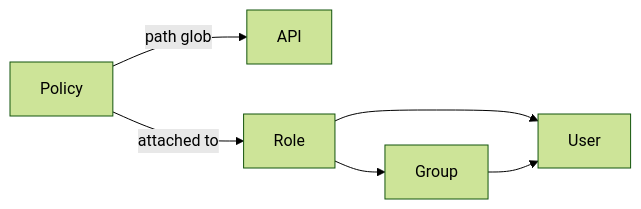
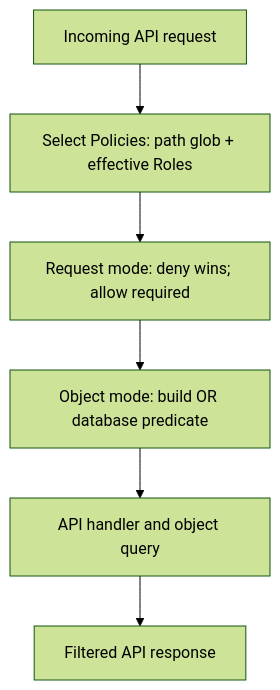
The diagram in content/versions/v0/manifests/v0-policy.mdx (taskmigo/docs), drawn with Mermaid (forest theme) before and after one commit. The commit also changed other lines of this file, not shown here.

Commit message:
Improve Policy documentation UX

````diff
--- a/content/versions/v0/manifests/v0-policy.mdx
+++ b/content/versions/v0/manifests/v0-policy.mdx
@@ -25,8 +25,8 @@
 ```mermaid
-flowchart LR
-  policy["Policy"] -->|path glob| api["API"]
-  policy -->|attached to| role["Role"]
-  role --> user["User"]
-  role --> group["Group"]
-  group --> user
+flowchart TD
+  request["Incoming API request"] --> select["Select Policies: path glob + effective Roles"]
+  select --> gate["Request mode: deny wins; allow required"]
+  gate --> filter["Object mode: build OR database predicate"]
+  filter --> handler["API handler and object query"]
+  handler --> response["Filtered API response"]
 ```
````
